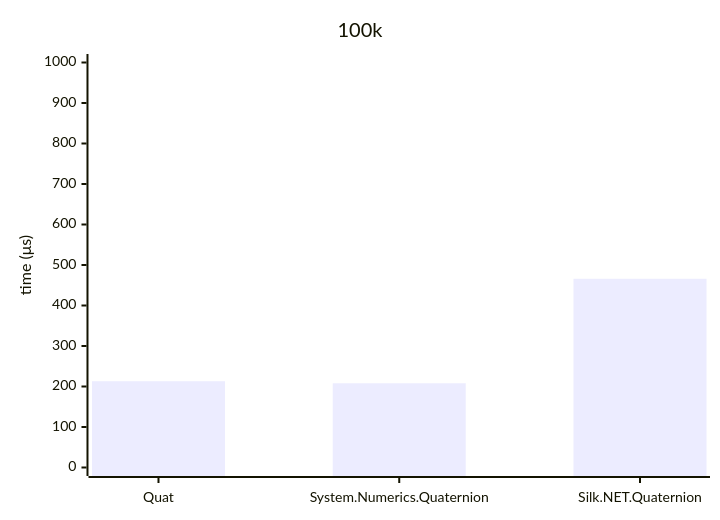
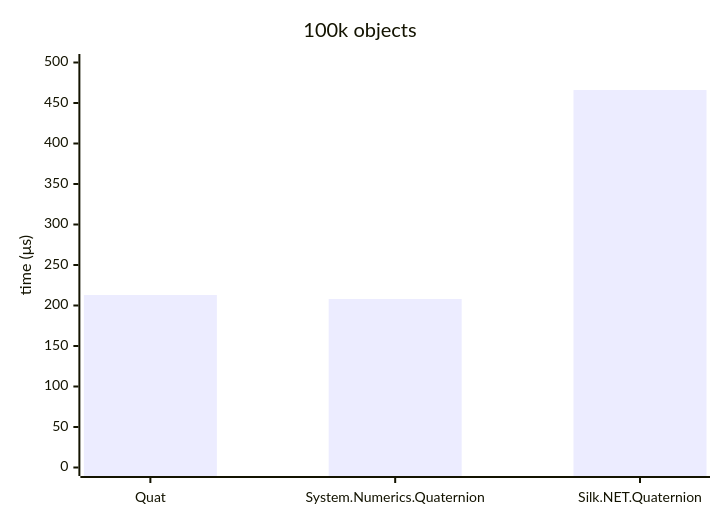
Before and after one commit to malstraem/generic-simd-numerics: the second of 4 diagrams in reports/quat-f32.md, drawn with Mermaid. The commit also changed other lines of this file and 48 other files, not shown here.

````diff
--- a/reports/quat-f32.md
+++ b/reports/quat-f32.md
@@ -222,7 +223,7 @@
 ```mermaid
 xychart
-    title "100k"
+    title "100k objects"
     x-axis [Quat, System.Numerics.Quaternion, Silk.NET.Quaternion]
-    y-axis "time (μs)" 0 --> 1000
+    y-axis "time (μs)" 0 --> 500
     bar [213, 208, 466]
 ```
````
